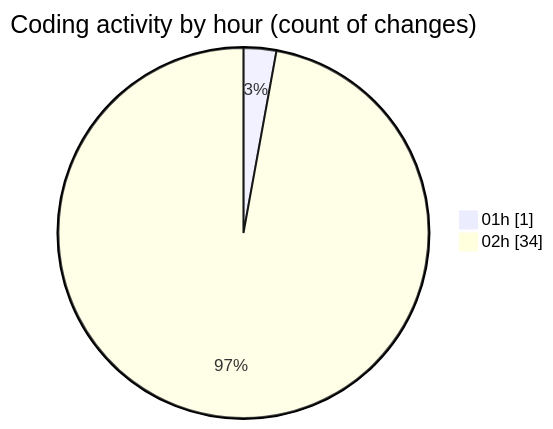
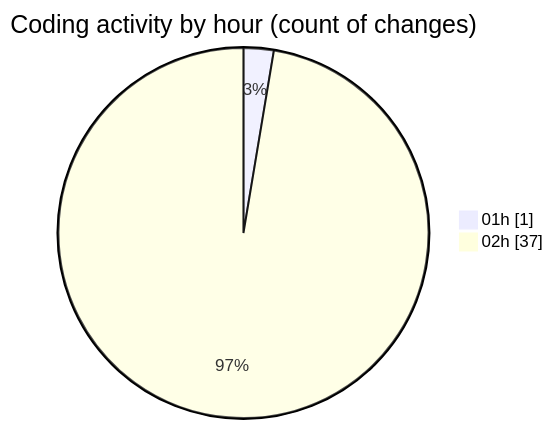
One commit to donsfak/code-tracking changed the second of 2 diagrams in 2025-02-21/uber_clone/README.md. Above: the diagram before and after it, drawn with Mermaid. The commit also changed other lines of this file and 1 other file, not shown here.

````diff
--- a/2025-02-21/uber_clone/README.md
+++ b/2025-02-21/uber_clone/README.md
@@ -37,6 +37,6 @@
 ```mermaid
 pie showData
 title Coding activity by hour (count of changes)
 "01h" : 1
-"02h" : 34
+"02h" : 37
 ```
````
